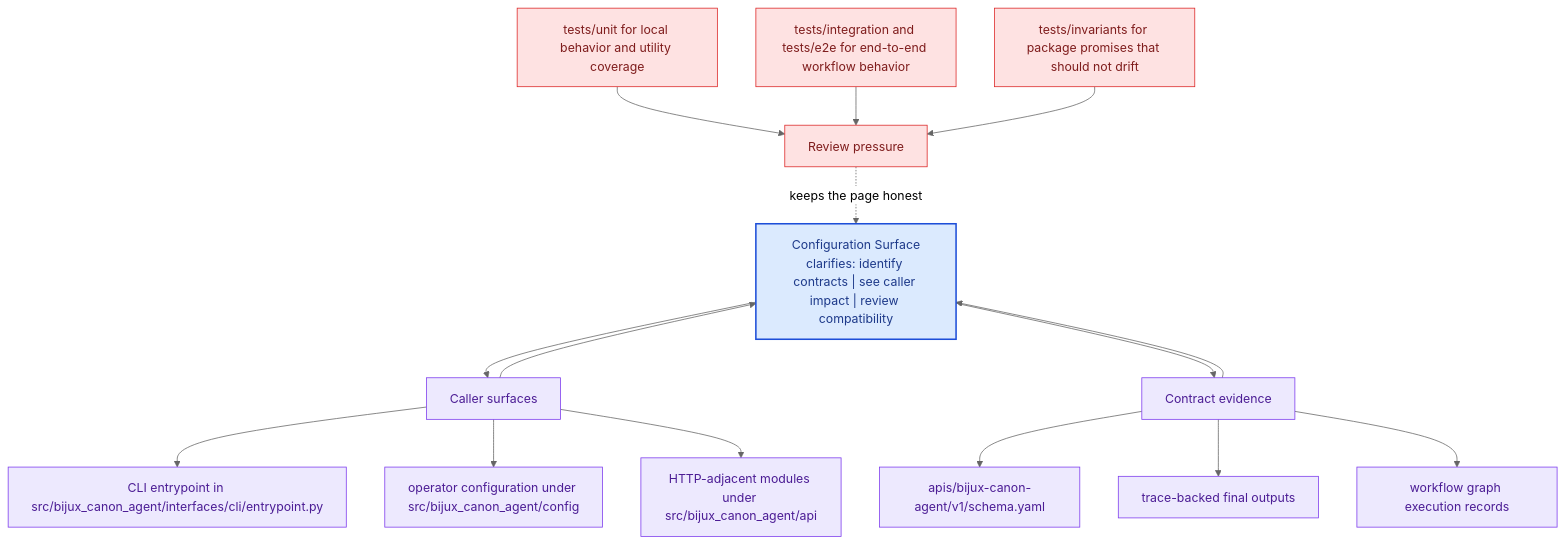
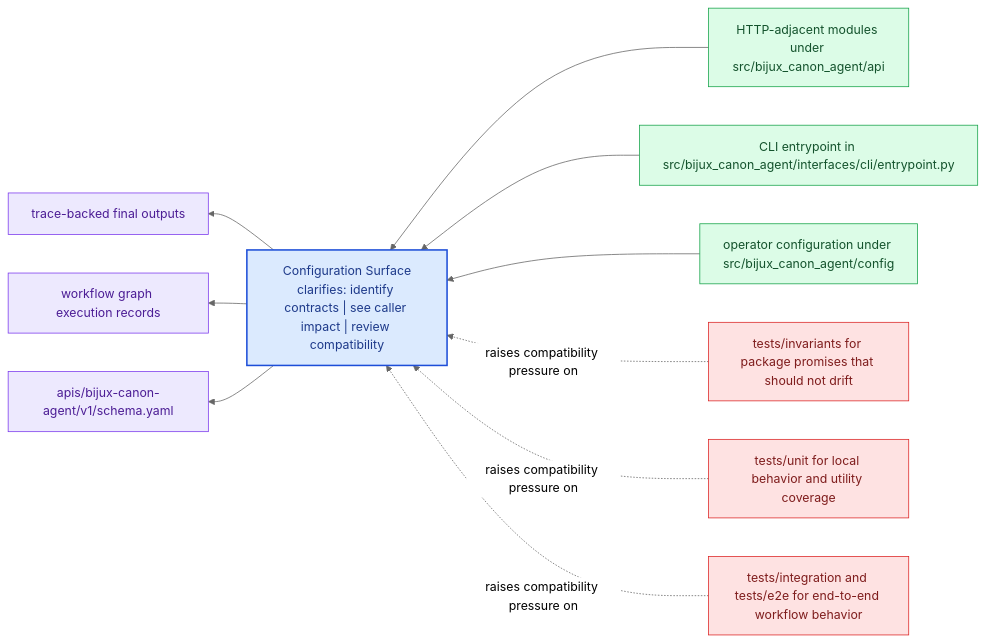
Before and after one commit to bijux/bijux-canon: the diagram in docs/bijux-canon-agent/interfaces/configuration-surface.md, drawn with Mermaid (neutral theme). The commit also changed other lines of this file and 281 other files, not shown here.

Commit message:
docs(diagrams): replace repeated mermaid scaffolds with page-specific summaries

````diff
--- a/docs/bijux-canon-agent/interfaces/configuration-surface.md
+++ b/docs/bijux-canon-agent/interfaces/configuration-surface.md
@@ -68,41 +23,31 @@
 ```mermaid
-flowchart TB
-    promise["Configuration Surface<br/>clarifies: identify contracts | see caller impact | review compatibility"]
-    classDef promise fill:#dbeafe,stroke:#1d4ed8,color:#1e3a8a,stroke-width:2px;
-    classDef driver fill:#dcfce7,stroke:#16a34a,color:#14532d;
-    classDef constraint fill:#fee2e2,stroke:#dc2626,color:#7f1d1d;
-    classDef ground fill:#ede9fe,stroke:#7c3aed,color:#4c1d95;
-    focus1["Caller surfaces"]
-    focus1 --> promise
-    promise --> focus1
-    focus1_1["CLI entrypoint in src/bijux_canon_agent/interfaces/cli/entrypoint.py"]
-    focus1 --> focus1_1
-    focus1_2["operator configuration under src/bijux_canon_agent/config"]
-    focus1 --> focus1_2
-    focus1_3["HTTP-adjacent modules under src/bijux_canon_agent/api"]
-    focus1 --> focus1_3
-    class focus1 ground;
-    class focus1_1,focus1_2,focus1_3 ground;
-    focus2["Contract evidence"]
-    focus2 --> promise
-    promise --> focus2
-    focus2_1["apis/bijux-canon-agent/v1/schema.yaml"]
-    focus2 --> focus2_1
-    focus2_2["trace-backed final outputs"]
-    focus2 --> focus2_2
-    focus2_3["workflow graph execution records"]
-    focus2 --> focus2_3
-    class focus2 ground;
-    class focus2_1,focus2_2,focus2_3 ground;
-    focus3["Review pressure"]
-    focus3 -.keeps the page honest.-> promise
-    focus3_1["tests/unit for local behavior and utility coverage"]
-    focus3_1 --> focus3
-    focus3_2["tests/integration and tests/e2e for end-to-end workflow behavior"]
-    focus3_2 --> focus3
-    focus3_3["tests/invariants for package promises that should not drift"]
-    focus3_3 --> focus3
-    class focus3 constraint;
-    class focus3_1,focus3_2,focus3_3 constraint;
-    class promise promise;
+flowchart RL
+    page["Configuration Surface<br/>clarifies: identify contracts | see caller impact | review compatibility"]
+    classDef page fill:#dbeafe,stroke:#1d4ed8,color:#1e3a8a,stroke-width:2px;
+    classDef positive fill:#dcfce7,stroke:#16a34a,color:#14532d;
+    classDef caution fill:#fee2e2,stroke:#dc2626,color:#7f1d1d;
+    classDef anchor fill:#ede9fe,stroke:#7c3aed,color:#4c1d95;
+    classDef action fill:#fef3c7,stroke:#d97706,color:#7c2d12;
+    surface1["HTTP-adjacent modules under src/bijux_canon_agent/api"]
+    surface1 --> page
+    surface2["CLI entrypoint in src/bijux_canon_agent/interfaces/cli/entrypoint.py"]
+    surface2 --> page
+    surface3["operator configuration under src/bijux_canon_agent/config"]
+    surface3 --> page
+    proof1["trace-backed final outputs"]
+    page --> proof1
+    proof2["workflow graph execution records"]
+    page --> proof2
+    proof3["apis/bijux-canon-agent/v1/schema.yaml"]
+    page --> proof3
+    review1["tests/invariants for package promises that should not drift"]
+    review1 -.raises compatibility pressure on.-> page
+    review2["tests/unit for local behavior and utility coverage"]
+    review2 -.raises compatibility pressure on.-> page
+    review3["tests/integration and tests/e2e for end-to-end workflow behavior"]
+    review3 -.raises compatibility pressure on.-> page
+    class page page;
+    class surface1,surface2,surface3 positive;
+    class proof1,proof2,proof3 anchor;
+    class review1,review2,review3 caution;
 ```
````
